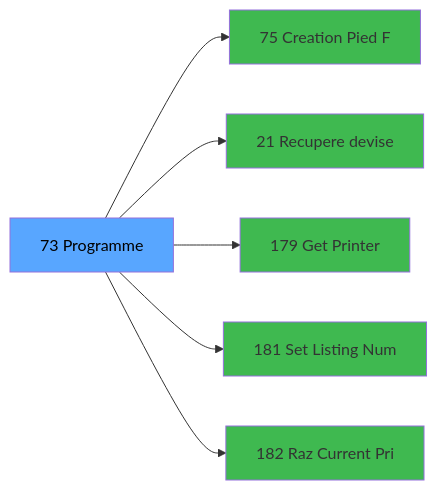
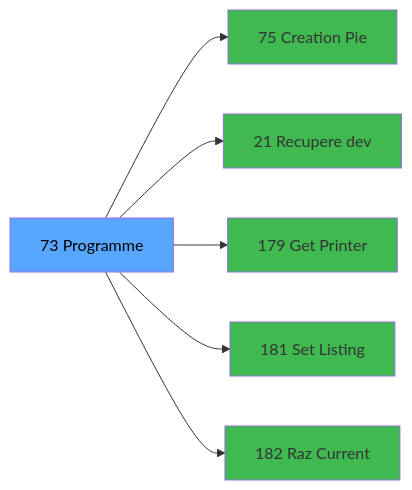
One commit to thonyAGP/magic-migration changed the third of 3 diagrams in .openspec/specs/ADH-IDE-73.md. Above: the diagram before and after it, drawn with Mermaid. The commit also changed other lines of this file and 323 other files, not shown here.

````diff
--- a/.openspec/specs/ADH-IDE-73.md
+++ b/.openspec/specs/ADH-IDE-73.md
@@ -122,20 +146,20 @@
 ```mermaid
 graph LR
     T[73 Programme]
-    C75[75 Creation Pied F]
+    C75[75 Creation Pie]
     T --> C75
-    C21[21 Recupere devise]
+    C21[21 Recupere dev]
     T --> C21
     C179[179 Get Printer]
     T --> C179
-    C181[181 Set Listing Num]
+    C181[181 Set Listing ]
     T --> C181
-    C182[182 Raz Current Pri]
+    C182[182 Raz Current ]
     T --> C182
     style T fill:#58a6ff,color:#000
     style C75 fill:#3fb950
     style C21 fill:#3fb950
     style C179 fill:#3fb950
     style C181 fill:#3fb950
     style C182 fill:#3fb950
 ```
````
